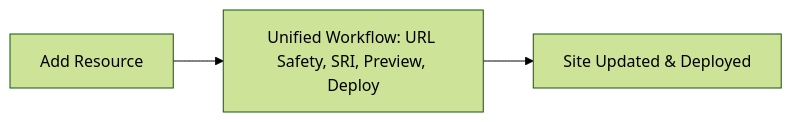
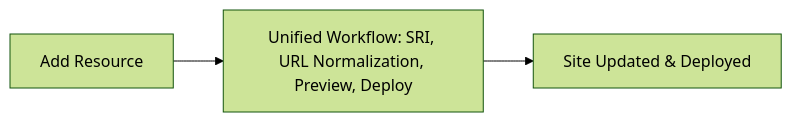
The diagram in tools/GENERATE_PREVIEW_README.md (kgb204/csoh.org), drawn with Mermaid (forest theme) before and after one commit. The commit also changed other lines of this file and 5 other files, not shown here.

````diff
--- a/tools/GENERATE_PREVIEW_README.md
+++ b/tools/GENERATE_PREVIEW_README.md
@@ -257,5 +258,5 @@
 ```mermaid
 graph LR
-  A[Add Resource] --> B[Unified Workflow: URL Safety, SRI, Preview, Deploy]
+  A[Add Resource] --> B[Unified Workflow: SRI, URL Normalization, Preview, Deploy]
   B --> C[Site Updated & Deployed]
 ```
````
